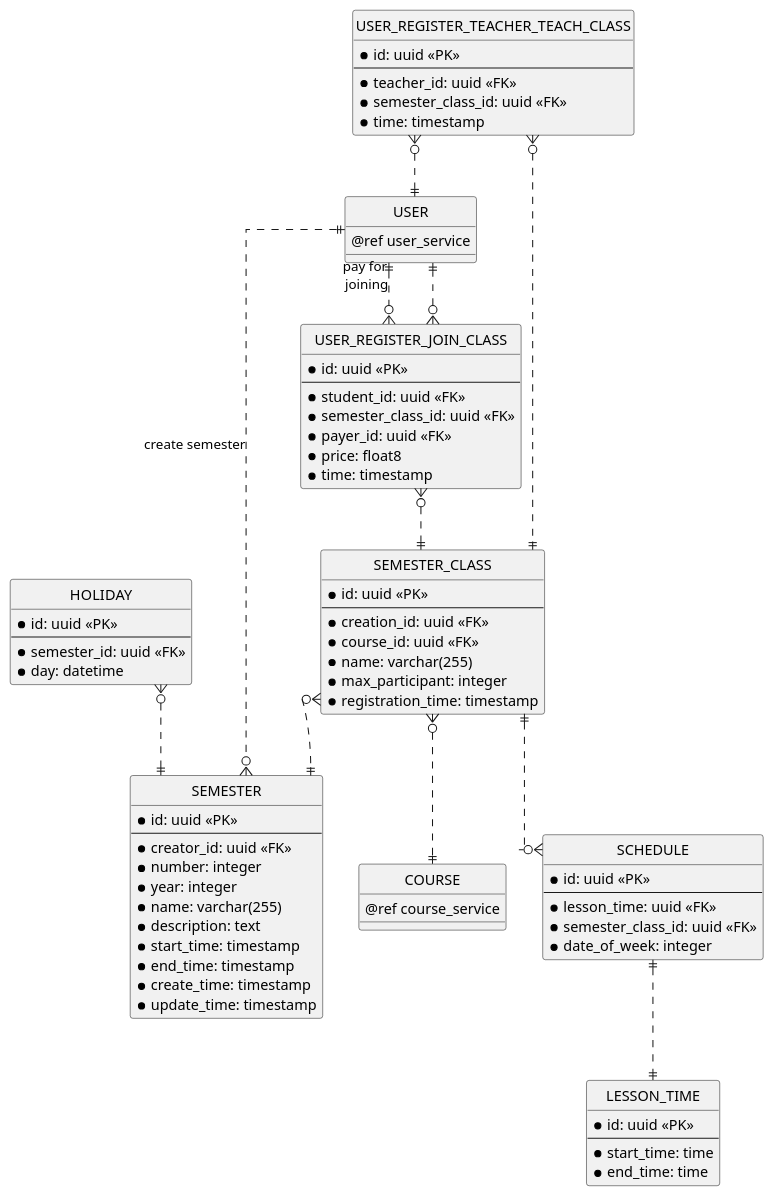
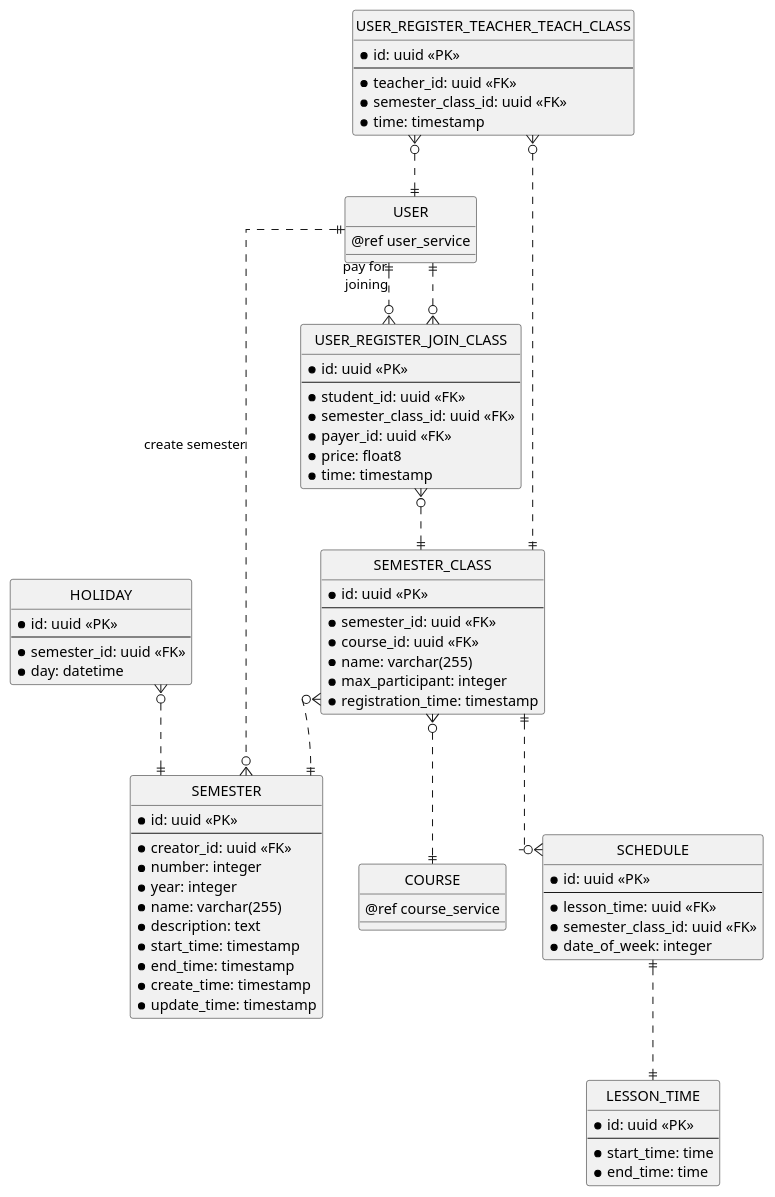
One commit to chungnguyenbkcse/ERD-USECASE-KIDSDRAWING changed the fifth of 12 diagrams in erd.md. Above: the diagram before and after it, drawn with PlantUML. The commit also changed other lines of this file and 1 other file, not shown here.

Commit message:
fix field for semester_class, class

```diff
--- a/erd.md
+++ b/erd.md
@@ -286,7 +286,7 @@
 entity "SEMESTER_CLASS" as semester_class {
     * id: uuid <<PK>>
     --
-    * creation_id: uuid <<FK>>
+    * semester_id: uuid <<FK>>
     * course_id: uuid <<FK>>
     * name: varchar(255)
     * max_participant: integer
```
